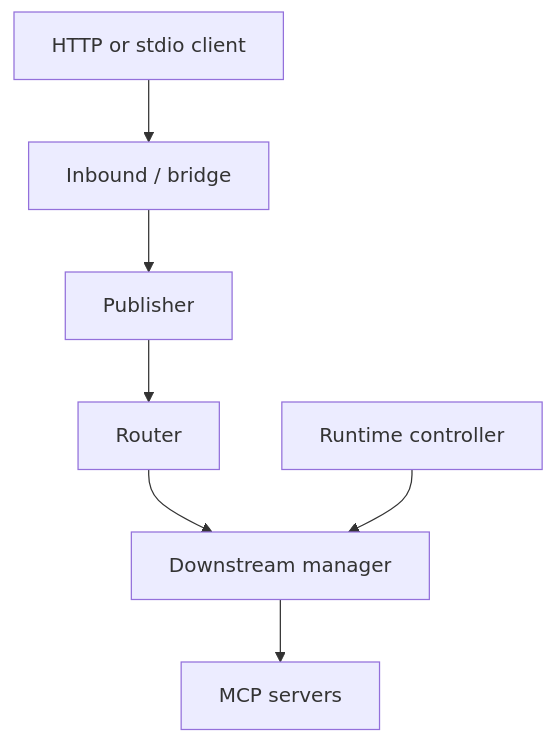
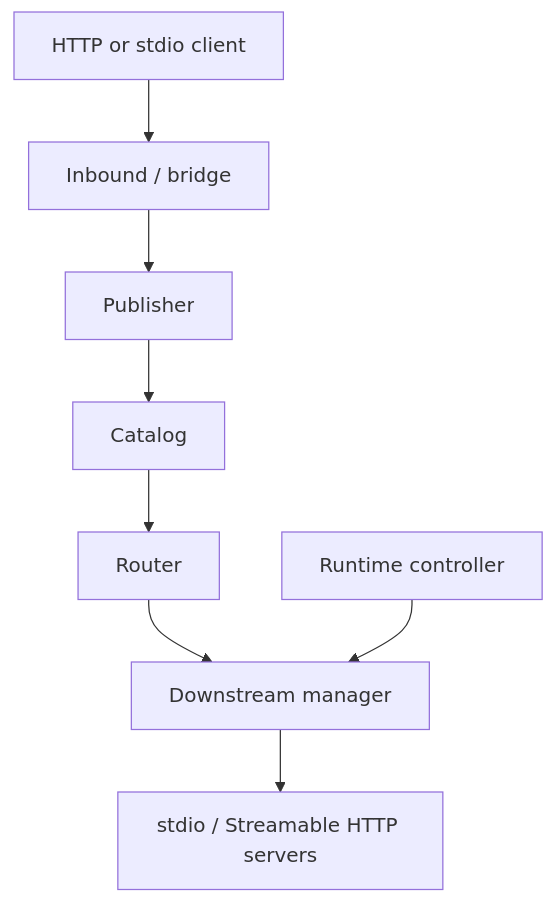
One commit to online111111/mcp-hub changed the diagram in README.md. Above: the diagram before and after it, drawn with Mermaid. The commit also changed other lines of this file, not shown here.

````diff
--- a/README.md
+++ b/README.md
@@ -141,9 +155,10 @@
 ```mermaid
 flowchart TD
     Client["HTTP or stdio client"] --> Inbound["Inbound / bridge"]
     Inbound --> Publisher
-    Publisher --> Router
+    Publisher --> Catalog
+    Catalog --> Router
     Router --> Manager["Downstream manager"]
     Runtime["Runtime controller"] --> Manager
-    Manager --> Servers["MCP servers"]
+    Manager --> Servers["stdio / Streamable HTTP servers"]
 ```
````
